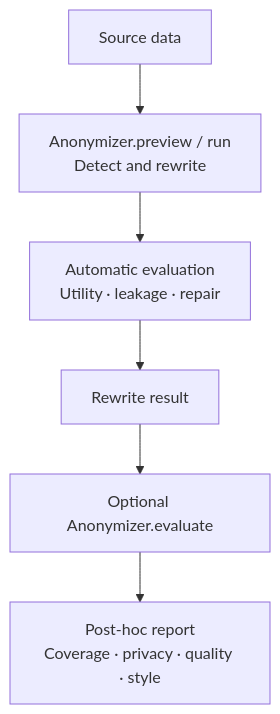
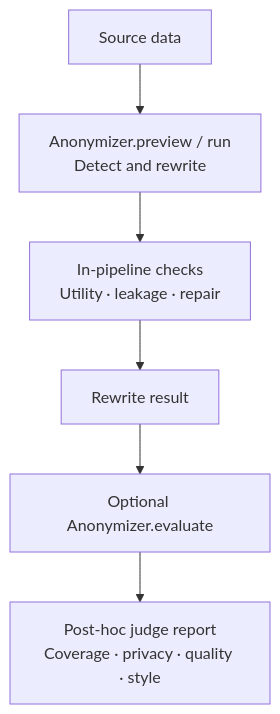
One commit to NVIDIA-NeMo/Anonymizer changed the first of 2 diagrams in docs/devnotes/posts/evaluation-anonymizer-rewrite.md. Above: the diagram before and after it, drawn with Mermaid. The commit also changed other lines of this file, not shown here.

````diff
--- a/docs/devnotes/posts/evaluation-anonymizer-rewrite.md
+++ b/docs/devnotes/posts/evaluation-anonymizer-rewrite.md
@@ -28,8 +30,8 @@
 ```mermaid
 flowchart TD
     A[Source data] --> B[Anonymizer.preview / run\nDetect and rewrite]
-    B --> C[Automatic evaluation\nUtility · leakage · repair]
+    B --> C[In-pipeline checks\nUtility · leakage · repair]
     C --> D[Rewrite result]
     D --> E[Optional Anonymizer.evaluate]
-    E --> F[Post-hoc report\nCoverage · privacy · quality · style]
+    E --> F[Post-hoc judge report\nCoverage · privacy · quality · style]
 ```
````
